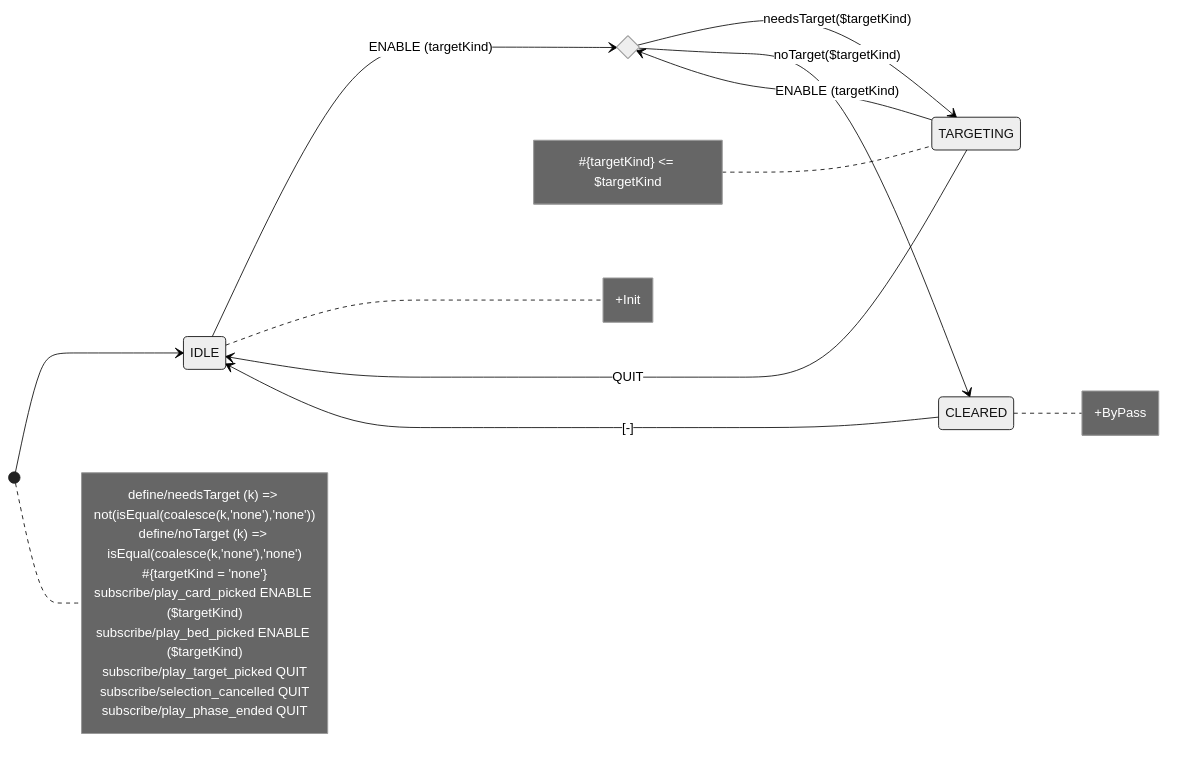
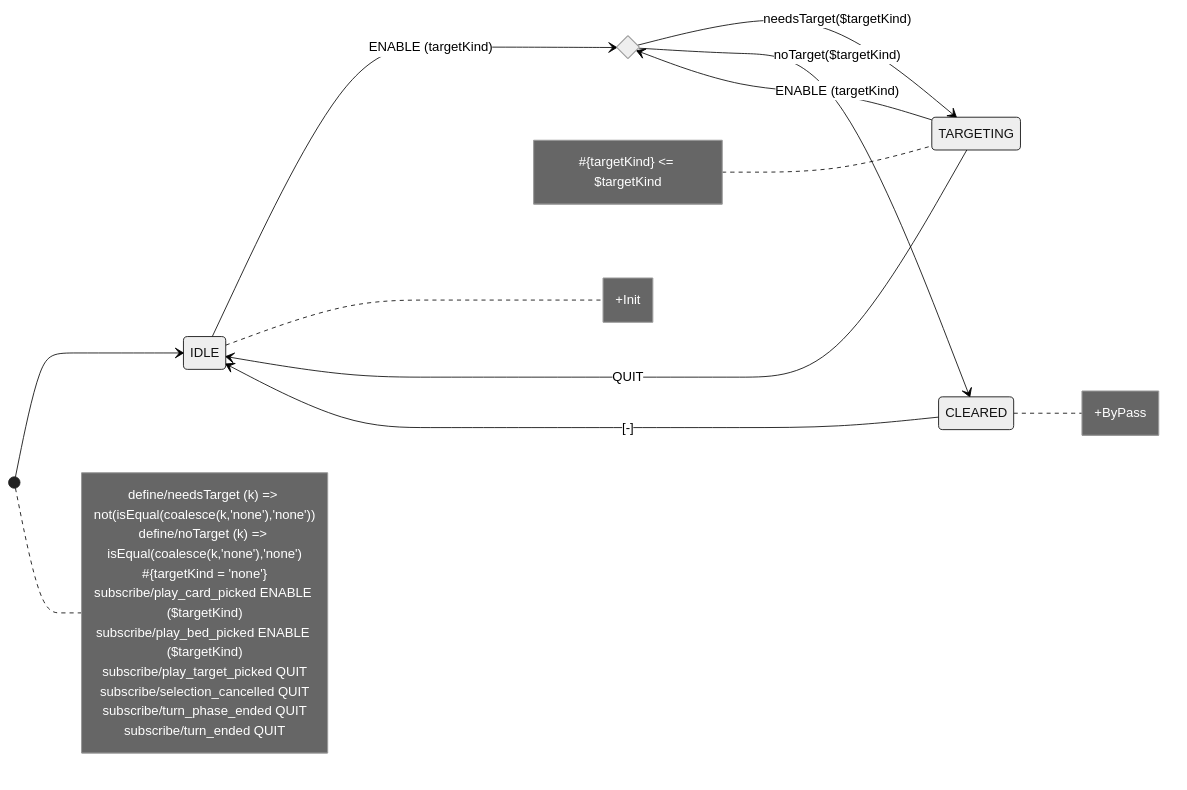
The diagram in src/shared/lib/fsm/diagrams/targetMode.mermaid (tfcp68/battle-farm), drawn with Mermaid (neutral theme) before and after one commit. The commit also changed 7 other files, not shown here.

First line of the commit message:
refactor(fsm): rewrite turn + 7 phase-machine diagrams for the new engine

```diff
--- a/src/shared/lib/fsm/diagrams/targetMode.mermaid
+++ b/src/shared/lib/fsm/diagrams/targetMode.mermaid
@@ -1,33 +1,34 @@
 stateDiagram-v2
     direction LR
     [*] --> IDLE
     state byKind <<choice>>
     IDLE --> byKind: ENABLE (targetKind)
     TARGETING --> byKind: ENABLE (targetKind)
     byKind --> TARGETING: needsTarget($targetKind)
     byKind --> CLEARED: noTarget($targetKind)
     CLEARED --> IDLE: [-]
     TARGETING --> IDLE: QUIT
 
 note right of IDLE
 +Init
 end note
 
 note right of CLEARED
 +ByPass
 end note
 
 note right of [*]
 define/needsTarget (k) => not(isEqual(coalesce(k,'none'),'none'))
 define/noTarget (k) => isEqual(coalesce(k,'none'),'none')
 #{targetKind = 'none'}
 subscribe/play_card_picked ENABLE ($targetKind)
 subscribe/play_bed_picked ENABLE ($targetKind)
 subscribe/play_target_picked QUIT
 subscribe/selection_cancelled QUIT
-subscribe/play_phase_ended QUIT
+subscribe/turn_phase_ended QUIT
+subscribe/turn_ended QUIT
 end note
 
 note left of TARGETING
 #{targetKind} <= $targetKind
 end note
```
